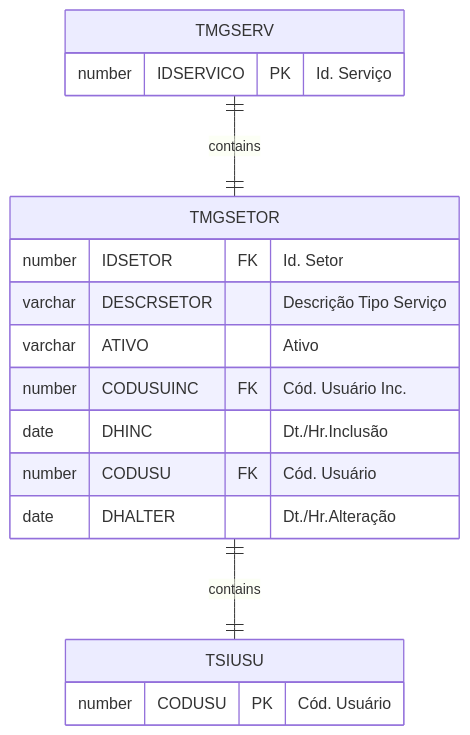
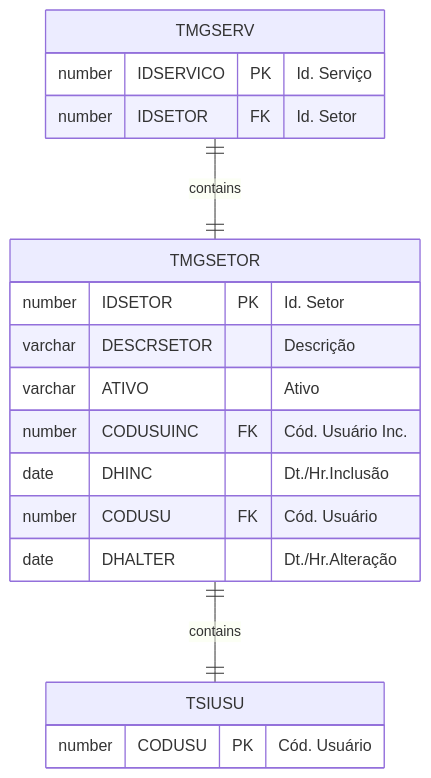
Before and after one commit to cbmsoft/margrandocs: the diagram in docs/_database/TMGSETOR.md, drawn with Mermaid. The commit also changed 5 other files, not shown here.

````diff
--- a/docs/_database/TMGSETOR.md
+++ b/docs/_database/TMGSETOR.md
@@ -39,21 +39,22 @@
 ```mermaid
 erDiagram
     TMGSERV ||--|| TMGSETOR : contains
     TMGSETOR ||--|| TSIUSU : contains
 
 	TMGSERV {
 		number IDSERVICO PK "Id. Serviço"
+        number IDSETOR FK "Id. Setor"
  	}
 	TMGSETOR {
-		number IDSETOR FK "Id. Setor"
-        varchar DESCRSETOR "Descrição Tipo Serviço"
+		number IDSETOR PK "Id. Setor"
+        varchar DESCRSETOR "Descrição"
         varchar ATIVO "Ativo"
         number CODUSUINC FK "Cód. Usuário Inc."
         date DHINC "Dt./Hr.Inclusão"
         number CODUSU FK "Cód. Usuário"
         date DHALTER "Dt./Hr.Alteração"
 	}
     TSIUSU {
         number CODUSU PK "Cód. Usuário"
     }
 ```
````
